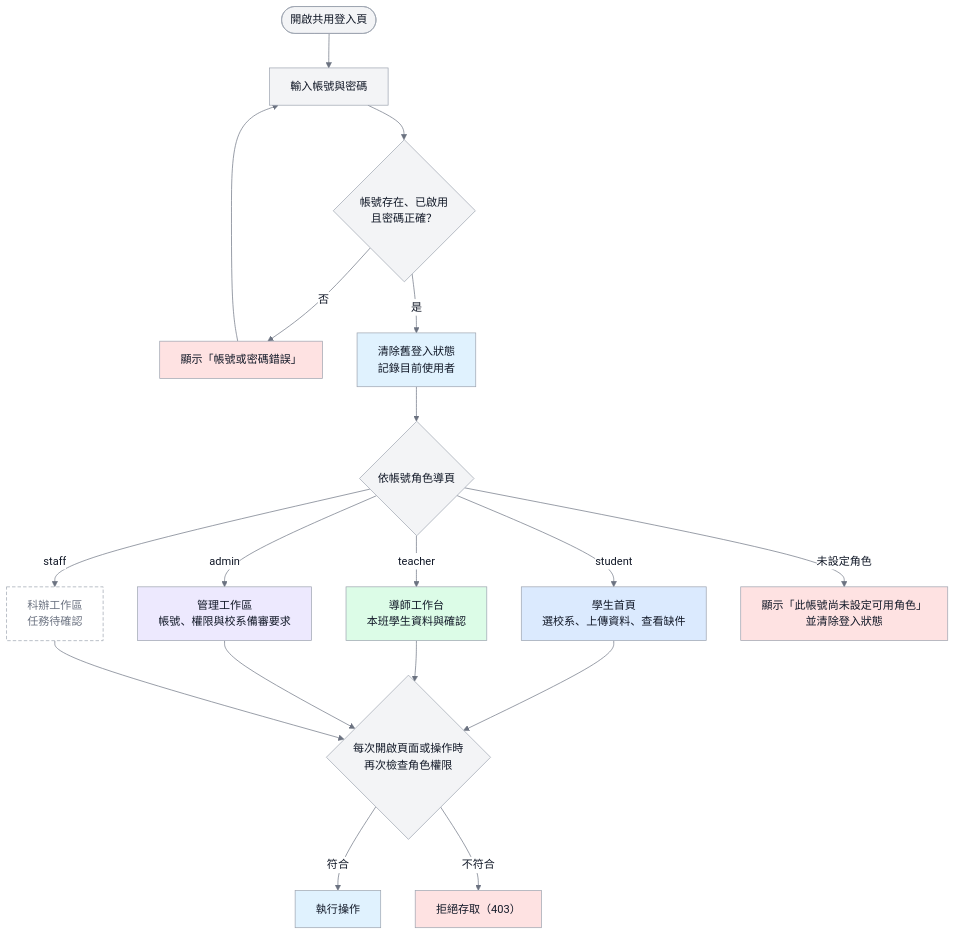
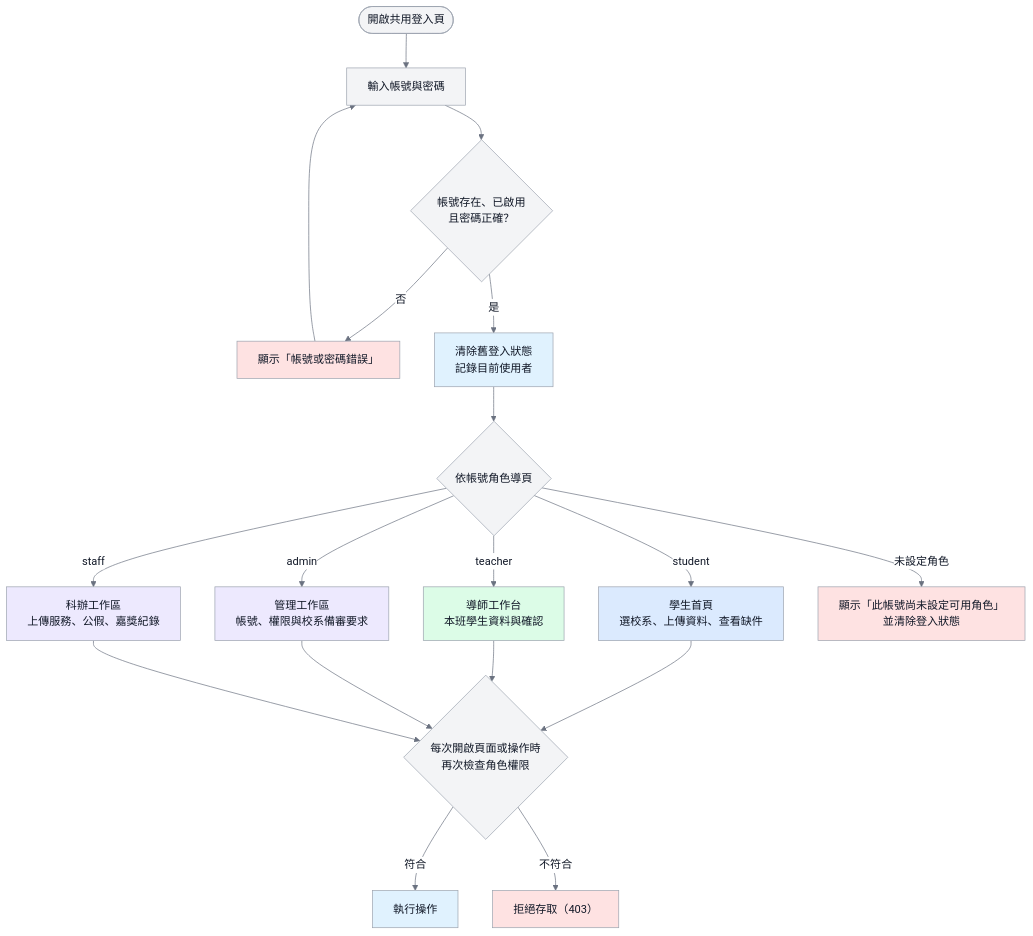
One commit to vujhdcusa/1028 changed the diagram in docs/images/D-02-login-role-routing.mmd. Above: the diagram before and after it, drawn with Mermaid. The commit also changed 41 other files, not shown here.

First line of the commit message:
docs: update diagrams and spec for department office records and AI feedback

```diff
--- a/docs/images/D-02-login-role-routing.mmd
+++ b/docs/images/D-02-login-role-routing.mmd
@@ -1,26 +1,27 @@
 %%{init: {'theme':'base','themeVariables': {'fontFamily':'Microsoft JhengHei, Noto Sans TC, Arial, sans-serif','primaryColor':'#F3F4F6','primaryTextColor':'#111827','primaryBorderColor':'#9CA3AF','lineColor':'#6B7280','edgeLabelBackground':'#FFFFFF'},'flowchart':{'wrappingWidth':400}}}%%
 flowchart TD
     classDef system fill:#E0F2FE,stroke:#9CA3AF,color:#111827,stroke-width:1px;
     classDef student fill:#DBEAFE,stroke:#9CA3AF,color:#111827,stroke-width:1px;
     classDef teacher fill:#DCFCE7,stroke:#9CA3AF,color:#111827,stroke-width:1px;
     classDef admin fill:#EDE9FE,stroke:#9CA3AF,color:#111827,stroke-width:1px;
+    classDef staff fill:#EDE9FE,stroke:#9CA3AF,color:#111827,stroke-width:1px;
     classDef alert fill:#FEE2E2,stroke:#9CA3AF,color:#111827,stroke-width:1px;
     classDef pending fill:#FFFFFF,stroke:#9CA3AF,color:#6B7280,stroke-width:1px,stroke-dasharray:5 3;
 
     Start([開啟共用登入頁]) --> Input[輸入帳號與密碼]
     Input --> Auth{帳號存在、已啟用<br/>且密碼正確？}
     Auth -- 否 --> Err[顯示「帳號或密碼錯誤」]:::alert
     Err --> Input
     Auth -- 是 --> Session[清除舊登入狀態<br/>記錄目前使用者]:::system
     Session --> Role{依帳號角色導頁}
     Role -- student --> S[學生首頁<br/>選校系、上傳資料、查看缺件]:::student
     Role -- teacher --> T[導師工作台<br/>本班學生資料與確認]:::teacher
     Role -- admin --> A[管理工作區<br/>帳號、權限與校系備審要求]:::admin
-    Role -- staff --> F[科辦工作區<br/>任務待確認]:::pending
+    Role -- staff --> F[科辦工作區<br/>上傳服務、公假、嘉獎紀錄]:::staff
     Role -- 未設定角色 --> NoRole[顯示「此帳號尚未設定可用角色」<br/>並清除登入狀態]:::alert
     S --> Guard{每次開啟頁面或操作時<br/>再次檢查角色權限}
     T --> Guard
     A --> Guard
     F --> Guard
     Guard -- 符合 --> Allow[執行操作]:::system
     Guard -- 不符合 --> Deny[拒絕存取（403）]:::alert
```
